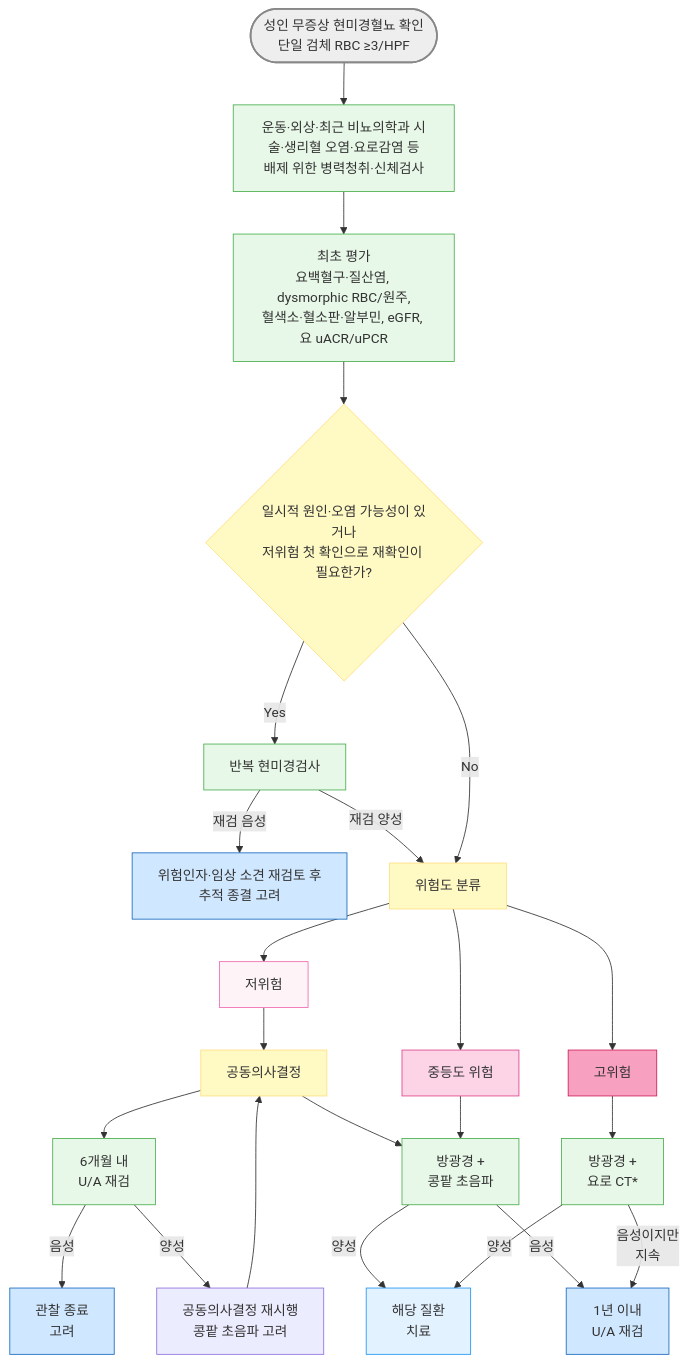
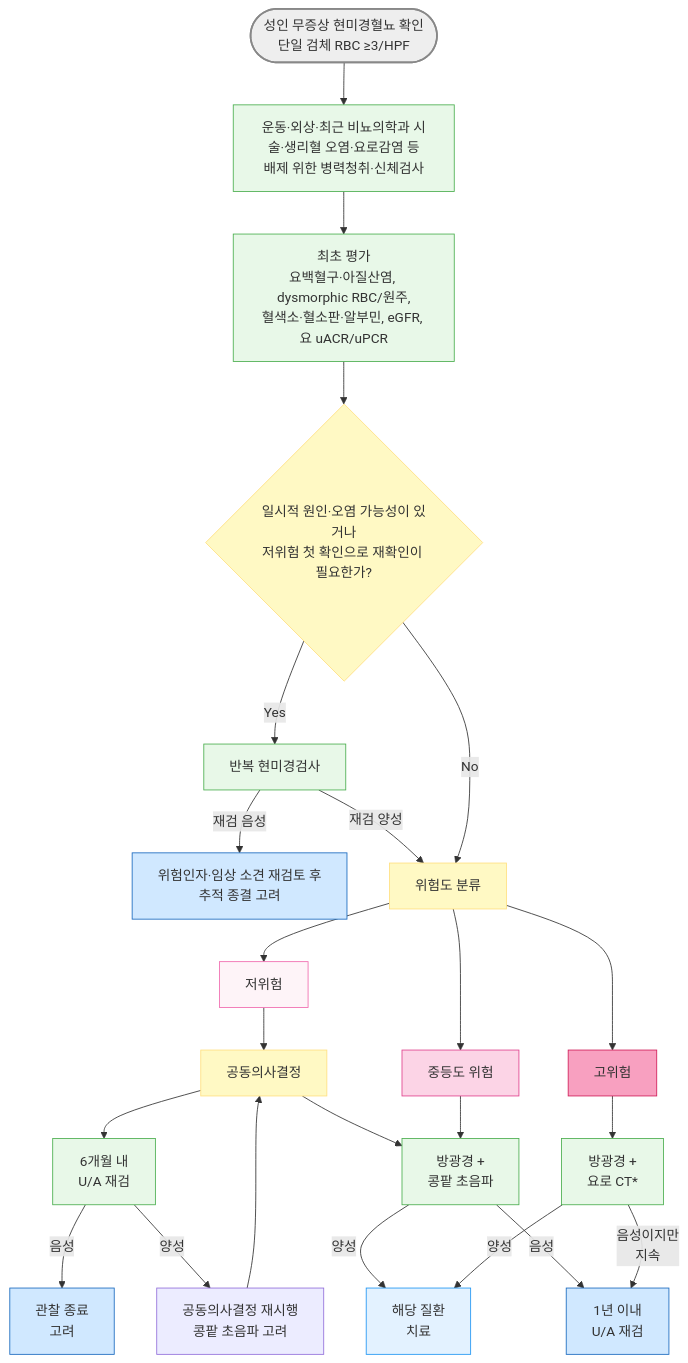
Before and after one commit to familyoh77/familyoh77: the diagram in 227_/110_-hematuria.md, drawn with Mermaid. The commit also changed other lines of this file and 3 other files, not shown here.

````diff
--- a/227_/110_-hematuria.md
+++ b/227_/110_-hematuria.md
@@ -154,40 +155,40 @@
 ```mermaid
 graph TD
     A([성인 무증상 현미경혈뇨 확인<br>단일 검체 RBC ≥3/HPF]) --> B[운동·외상·최근 비뇨의학과 시술·생리혈 오염·요로감염 등<br>배제 위한 병력청취·신체검사]
-    B --> D0[최초 평가<br>요백혈구·질산염, dysmorphic RBC/원주,<br>혈색소·혈소판·알부민, eGFR, 요 uACR/uPCR]
+    B --> D0[최초 평가<br>요백혈구·아질산염, dysmorphic RBC/원주,<br>혈색소·혈소판·알부민, eGFR, 요 uACR/uPCR]
     D0 --> C{일시적 원인·오염 가능성이 있거나<br>저위험 첫 확인으로 재확인이 필요한가?}
     C -->|Yes| C2[반복 현미경검사]
     C2 -->|재검 음성| C1[위험인자·임상 소견 재검토 후<br>추적 종결 고려]
     C2 -->|재검 양성| D[위험도 분류]
     C -->|No| D
     D --> E[저위험]
     D --> F[중등도 위험]
     D --> G[고위험]
 
     E --> E1[공동의사결정]
     E1 --> E2[6개월 내 <br>U/A 재검]
     E1 --> CYS[방광경 + <br>콩팥 초음파]
     E2 -->|음성| E4[관찰 종료 <br>고려]
     E2 -->|양성| E3[공동의사결정 재시행<br>콩팥 초음파 고려]
     E3 --> E1
     F --> CYS
     CYS -->|양성| H1[해당 질환 <br>치료]
     CYS -->|음성| F2[1년 이내 <br>U/A 재검]
 
     G --> G1[방광경 + <br>요로 CT*]
     G1 -->|양성| H1
     G1 -->|음성이지만 <br>지속| F2
 
 style A fill:#eeeeee,stroke:#888888,stroke-width:2px
 classDef lightGreen fill:#e8f8e8,stroke:#4caf50
 class B,D0,C2,E2,E4,CYS,G1 lightGreen
 classDef blue fill:#d0e8ff,stroke:#1a6abf
 class C1,E4,F2 blue
 classDef sky fill:#e3f2ff,stroke:#2196f3
 class H1 sky
 classDef yellow fill:#fff9c4,stroke:#ffe082
 class C,E1,D yellow
 style E fill:#fef4f8,stroke:#f06baf
 style F fill:#fcd4e6,stroke:#e0448e
 style G fill:#f8a0c0,stroke:#d01f5a
 ```
````
